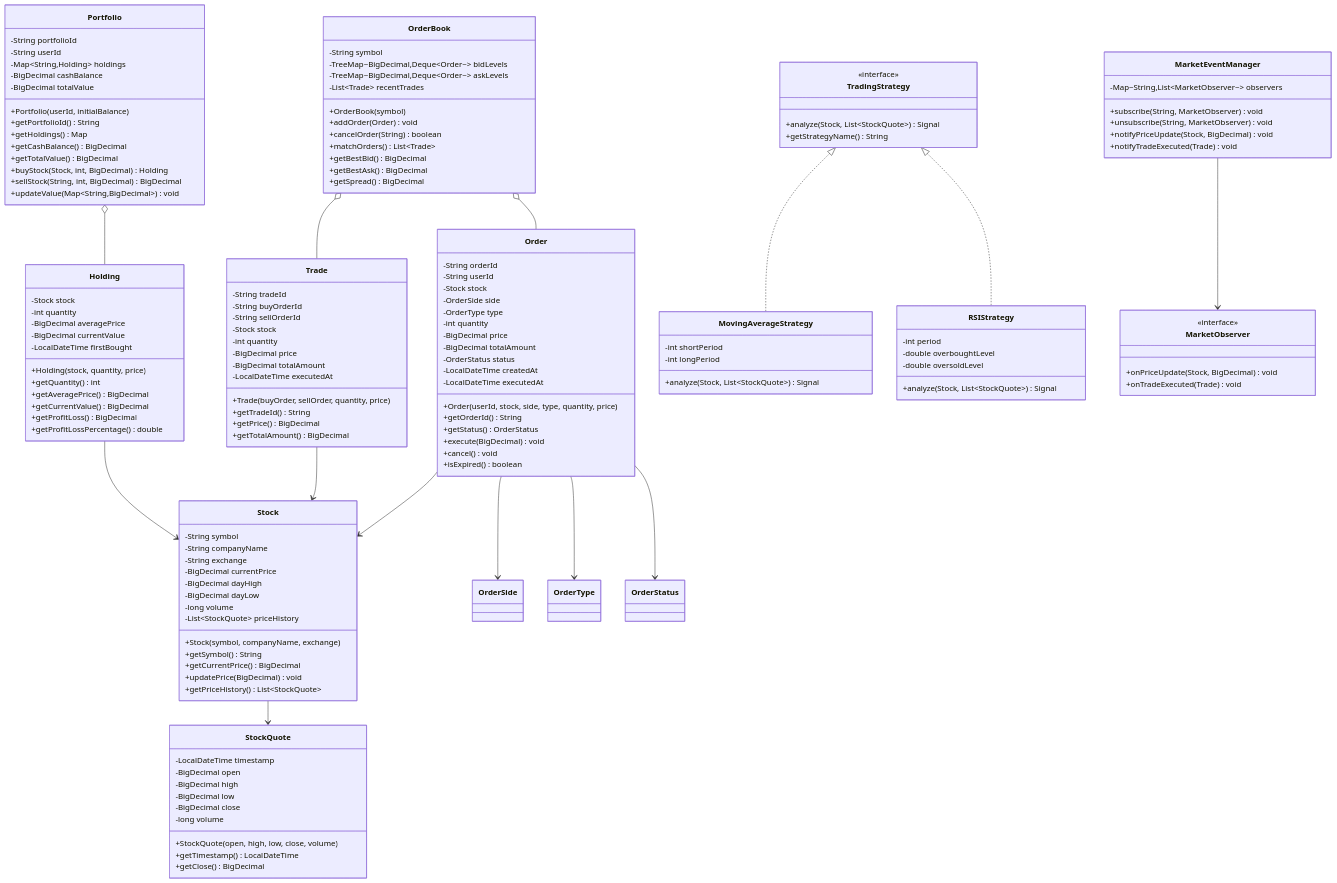
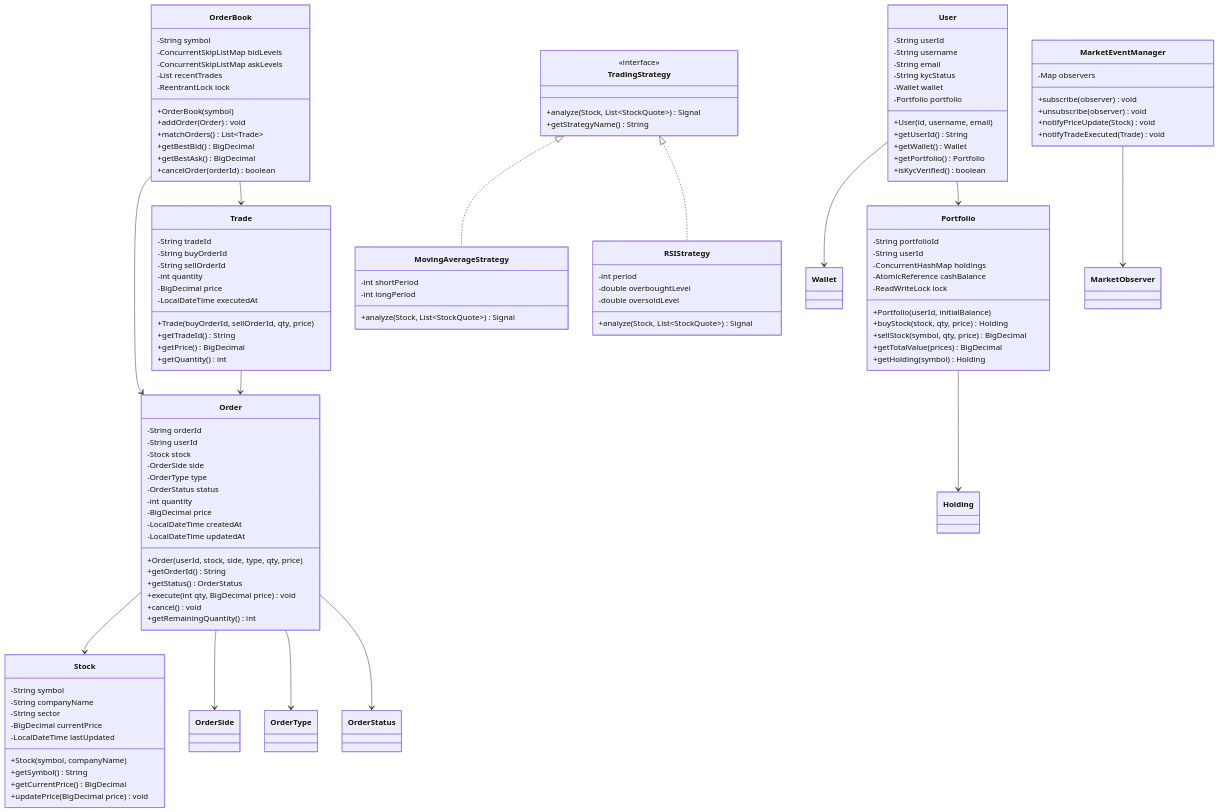
Before and after one commit to javaengineeringacademy/java-engineering-academy: the second of 2 diagrams in 01-programming-languages/Java/02-oop/33-mini-projects/enterprise/trading-platform/README.md, drawn with Mermaid. The commit also changed other lines of this file and 48 other files, not shown here.

First line of the commit message:
fix: final polish for 10/10 - split long READMEs, fix duplicates, add diagrams

````diff
--- a/01-programming-languages/Java/02-oop/33-mini-projects/enterprise/trading-platform/README.md
+++ b/01-programming-languages/Java/02-oop/33-mini-projects/enterprise/trading-platform/README.md
@@ -173,31 +166,29 @@
 ```mermaid
 classDiagram
+    class User {
+        -String userId
+        -String username
+        -String email
+        -String kycStatus
+        -Wallet wallet
+        -Portfolio portfolio
+        +User(id, username, email)
+        +getUserId() String
+        +getWallet() Wallet
+        +getPortfolio() Portfolio
+        +isKycVerified() boolean
+    }
+    
     class Stock {
         -String symbol
         -String companyName
-        -String exchange
+        -String sector
         -BigDecimal currentPrice
-        -BigDecimal dayHigh
-        -BigDecimal dayLow
-        -long volume
-        -List~StockQuote~ priceHistory
-        +Stock(symbol, companyName, exchange)
+        -LocalDateTime lastUpdated
+        +Stock(symbol, companyName)
         +getSymbol() String
         +getCurrentPrice() BigDecimal
-        +updatePrice(BigDecimal) void
-        +getPriceHistory() List~StockQuote~
-    }
-    
-    class StockQuote {
-        -LocalDateTime timestamp
-        -BigDecimal open
-        -BigDecimal high
-        -BigDecimal low
-        -BigDecimal close
-        -long volume
-        +StockQuote(open, high, low, close, volume)
-        +getTimestamp() LocalDateTime
-        +getClose() BigDecimal
+        +updatePrice(BigDecimal price) void
     }
     
     class Order {
@@ -206,77 +197,57 @@
         -Stock stock
         -OrderSide side
         -OrderType type
+        -OrderStatus status
         -int quantity
         -BigDecimal price
-        -BigDecimal totalAmount
-        -OrderStatus status
         -LocalDateTime createdAt
-        -LocalDateTime executedAt
-        +Order(userId, stock, side, type, quantity, price)
+        -LocalDateTime updatedAt
+        +Order(userId, stock, side, type, qty, price)
         +getOrderId() String
         +getStatus() OrderStatus
-        +execute(BigDecimal) void
+        +execute(int qty, BigDecimal price) void
         +cancel() void
-        +isExpired() boolean
+        +getRemainingQuantity() int
     }
     
     class Trade {
         -String tradeId
         -String buyOrderId
         -String sellOrderId
-        -Stock stock
         -int quantity
         -BigDecimal price
-        -BigDecimal totalAmount
         -LocalDateTime executedAt
-        +Trade(buyOrder, sellOrder, quantity, price)
+        +Trade(buyOrderId, sellOrderId, qty, price)
         +getTradeId() String
         +getPrice() BigDecimal
-        +getTotalAmount() BigDecimal
+        +getQuantity() int
     }
     
     class Portfolio {
         -String portfolioId
         -String userId
-        -Map~String,Holding~ holdings
-        -BigDecimal cashBalance
-        -BigDecimal totalValue
+        -ConcurrentHashMap holdings
+        -AtomicReference cashBalance
+        -ReadWriteLock lock
         +Portfolio(userId, initialBalance)
-        +getPortfolioId() String
-        +getHoldings() Map
-        +getCashBalance() BigDecimal
-        +getTotalValue() BigDecimal
-        +buyStock(Stock, int, BigDecimal) Holding
-        +sellStock(String, int, BigDecimal) BigDecimal
-        +updateValue(Map~String,BigDecimal~) void
-    }
-    
-    class Holding {
-        -Stock stock
-        -int quantity
-        -BigDecimal averagePrice
-        -BigDecimal currentValue
-        -LocalDateTime firstBought
-        +Holding(stock, quantity, price)
-        +getQuantity() int
-        +getAveragePrice() BigDecimal
-        +getCurrentValue() BigDecimal
-        +getProfitLoss() BigDecimal
-        +getProfitLossPercentage() double
+        +buyStock(stock, qty, price) Holding
+        +sellStock(symbol, qty, price) BigDecimal
+        +getTotalValue(prices) BigDecimal
+        +getHolding(symbol) Holding
     }
     
     class OrderBook {
         -String symbol
-        -TreeMap~BigDecimal,Deque~Order~~ bidLevels
-        -TreeMap~BigDecimal,Deque~Order~~ askLevels
-        -List~Trade~ recentTrades
+        -ConcurrentSkipListMap bidLevels
+        -ConcurrentSkipListMap askLevels
+        -List recentTrades
+        -ReentrantLock lock
         +OrderBook(symbol)
         +addOrder(Order) void
-        +cancelOrder(String) boolean
         +matchOrders() List~Trade~
         +getBestBid() BigDecimal
         +getBestAsk() BigDecimal
-        +getSpread() BigDecimal
+        +cancelOrder(orderId) boolean
     }
     
     class TradingStrategy {
@@ -298,30 +269,24 @@
         +analyze(Stock, List~StockQuote~) Signal
     }
     
-    class MarketObserver {
-        <<interface>>
-        +onPriceUpdate(Stock, BigDecimal) void
-        +onTradeExecuted(Trade) void
-    }
-    
     class MarketEventManager {
-        -Map~String,List~MarketObserver~~ observers
-        +subscribe(String, MarketObserver) void
-        +unsubscribe(String, MarketObserver) void
-        +notifyPriceUpdate(Stock, BigDecimal) void
+        -Map observers
+        +subscribe(observer) void
+        +unsubscribe(observer) void
+        +notifyPriceUpdate(Stock) void
         +notifyTradeExecuted(Trade) void
     }
     
-    Stock --> StockQuote
+    User --> Wallet
+    User --> Portfolio
+    Portfolio --> Holding
     Order --> Stock
     Order --> OrderSide
     Order --> OrderType
     Order --> OrderStatus
-    Trade --> Stock
-    Portfolio o-- Holding
-    Holding --> Stock
-    OrderBook o-- Order
-    OrderBook o-- Trade
+    Trade --> Order
+    OrderBook --> Order
+    OrderBook --> Trade
     TradingStrategy <|.. MovingAverageStrategy
     TradingStrategy <|.. RSIStrategy
     MarketEventManager --> MarketObserver
````
